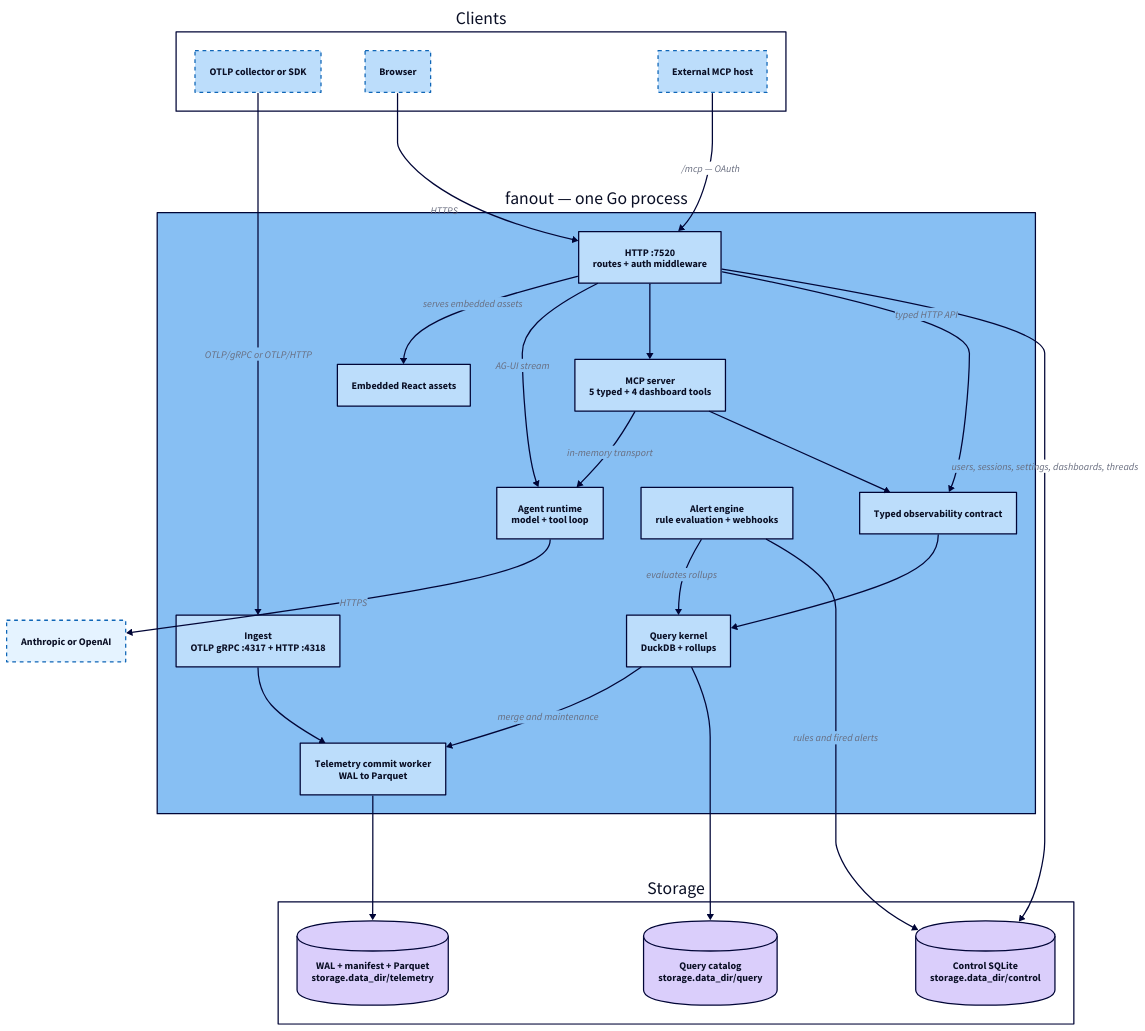
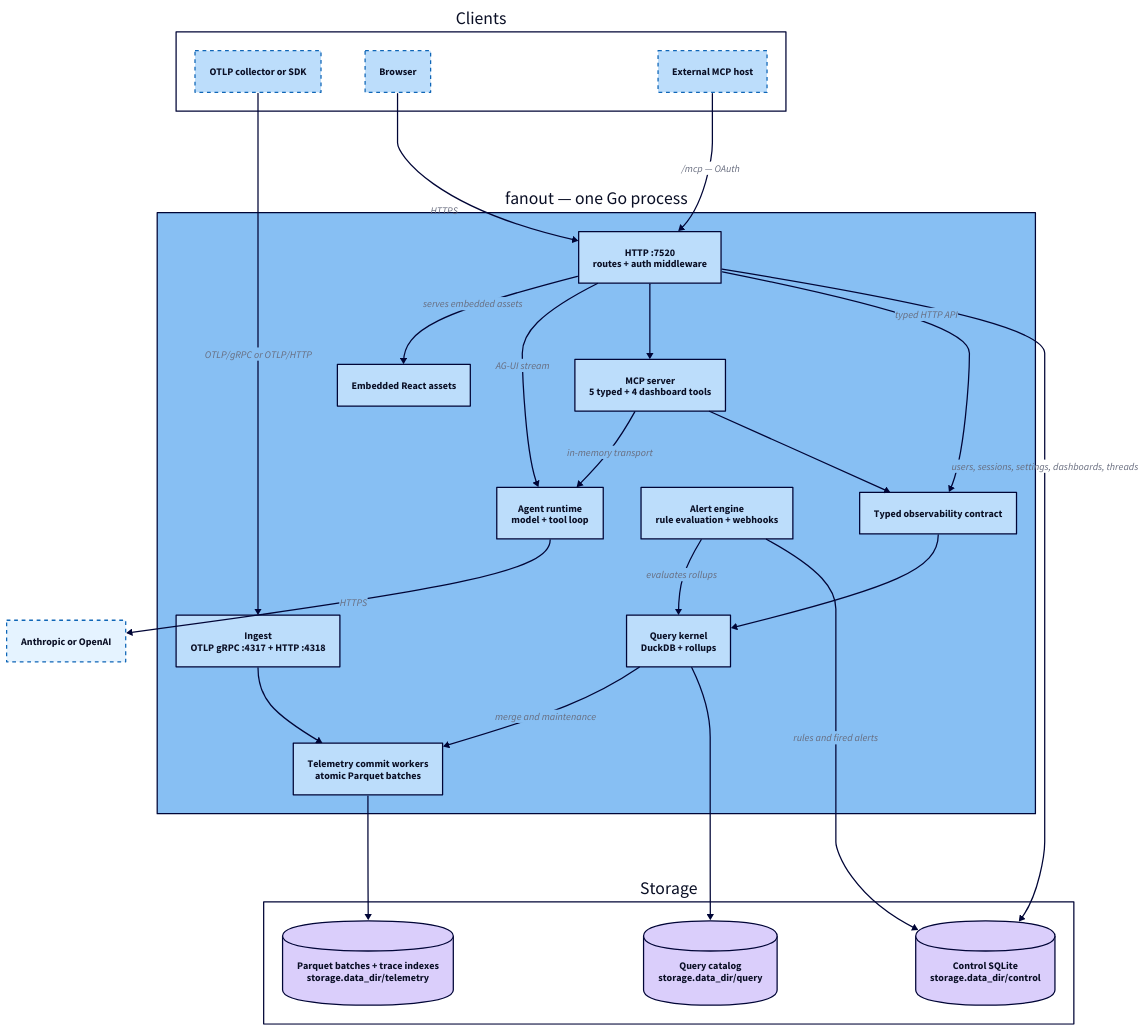
Before and after one commit to labstack/fanout: the diagram in docs/diagrams/architecture.d2, drawn with D2. The commit also changed 43 other files, not shown here.

```diff
--- a/docs/diagrams/architecture.d2
+++ b/docs/diagrams/architecture.d2
@@ -1,62 +1,62 @@
 # Fanout runtime architecture: what one process owns, and how a request reaches
 # storage. Render with `just diagrams`; commit the SVG beside this file.
 
 vars: {
   d2-config: {
     layout-engine: dagre
     theme-id: 5
   }
 }
 
 direction: down
 
 clients: Clients {
   style.fill: transparent
   collector: "OTLP collector or SDK" {style.stroke-dash: 3}
   browser: Browser {style.stroke-dash: 3}
   ext: "External MCP host" {style.stroke-dash: 3}
 }
 
 fanout: "fanout — one Go process" {
   style.stroke-width: 2
 
   http: "HTTP :7520\nroutes + auth middleware"
   ingest: "Ingest\nOTLP gRPC :4317 + HTTP :4318"
   ui: "Embedded React assets"
   agent: "Agent runtime\nmodel + tool loop"
   mcp: "MCP server\n5 typed + 4 dashboard tools"
   obs: "Typed observability contract"
-  commit: "Telemetry commit worker\nWAL to Parquet"
+  commit: "Telemetry commit workers\natomic Parquet batches"
   query: "Query kernel\nDuckDB + rollups"
   alert: "Alert engine\nrule evaluation + webhooks"
 
   ingest -> commit
   http -> ui: serves embedded assets
   http -> agent: AG-UI stream
   http -> mcp
   mcp -> agent: in-memory transport
   mcp -> obs
   http -> obs: typed HTTP API
   obs -> query
   alert -> query: evaluates rollups
   query -> commit: "merge and maintenance"
 }
 
 store: Storage {
   style.fill: transparent
-  telemetry: "WAL + manifest + Parquet\nstorage.data_dir/telemetry" {shape: cylinder}
+  telemetry: "Parquet batches + trace indexes\nstorage.data_dir/telemetry" {shape: cylinder}
   qstate: "Query catalog\nstorage.data_dir/query" {shape: cylinder}
   control: "Control SQLite\nstorage.data_dir/control" {shape: cylinder}
 }
 
 model: "Anthropic or OpenAI" {style.stroke-dash: 3}
 
 clients.collector -> fanout.ingest: "OTLP/gRPC or OTLP/HTTP"
 clients.browser -> fanout.http: HTTPS
 clients.ext -> fanout.http: "/mcp — OAuth"
 
 fanout.commit -> store.telemetry
 fanout.query -> store.qstate
 fanout.http -> store.control: "users, sessions, settings, dashboards, threads"
 fanout.alert -> store.control: "rules and fired alerts"
 fanout.agent -> model: HTTPS
```
